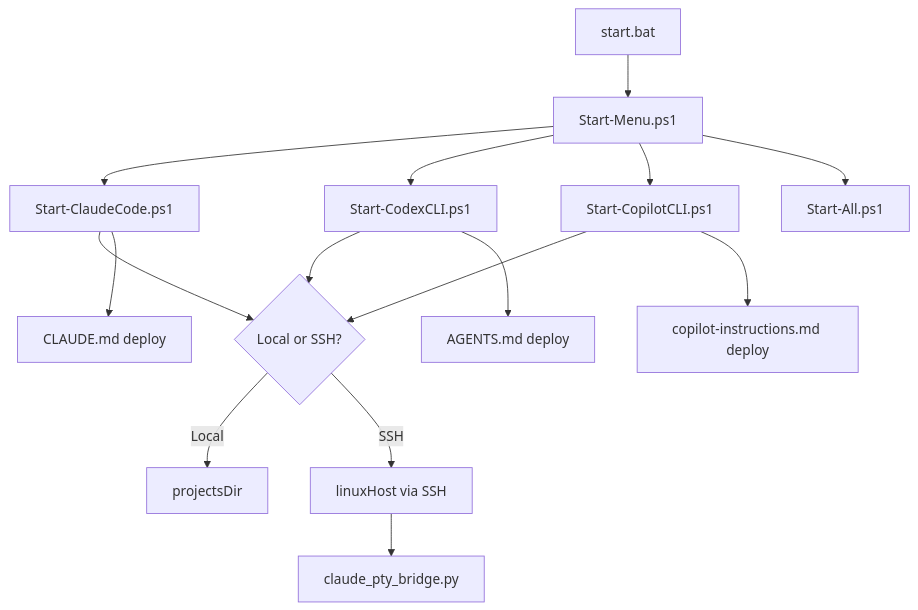
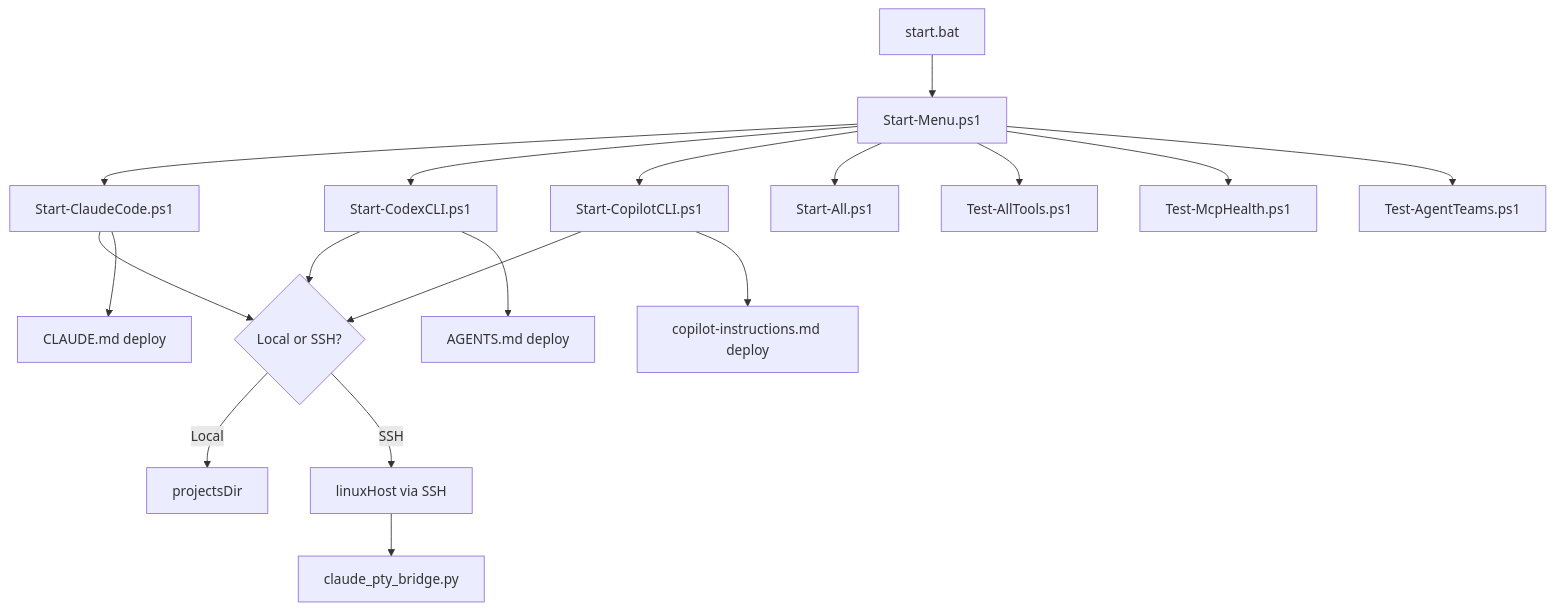
One commit to Kensan196948G/ClaudeCLI-CodexCLI-CopilotCLI-StartUpTools-New changed the first of 4 diagrams in README.md. Above: the diagram before and after it, drawn with Mermaid. The commit also changed other lines of this file and 2 other files, not shown here.

````diff
--- a/README.md
+++ b/README.md
@@ -28,20 +40,23 @@
 ```mermaid
 graph TD
     A["start.bat"] --> B["Start-Menu.ps1"]
     B --> C["Start-ClaudeCode.ps1"]
     B --> D["Start-CodexCLI.ps1"]
     B --> E["Start-CopilotCLI.ps1"]
     B --> F["Start-All.ps1"]
+    B --> G["Test-AllTools.ps1"]
+    B --> H["Test-McpHealth.ps1"]
+    B --> I["Test-AgentTeams.ps1"]
 
-    C --> G{"Local or SSH?"}
-    D --> G
-    E --> G
+    C --> J{"Local or SSH?"}
+    D --> J
+    E --> J
 
-    G -->|Local| H["projectsDir"]
-    G -->|SSH| I["linuxHost via SSH"]
-    I --> J["claude_pty_bridge.py"]
+    J -->|Local| K["projectsDir"]
+    J -->|SSH| L["linuxHost via SSH"]
+    L --> M["claude_pty_bridge.py"]
 
-    C --> K["CLAUDE.md deploy"]
-    D --> L["AGENTS.md deploy"]
-    E --> M["copilot-instructions.md deploy"]
+    C --> N["CLAUDE.md deploy"]
+    D --> O["AGENTS.md deploy"]
+    E --> P["copilot-instructions.md deploy"]
 ```
````
